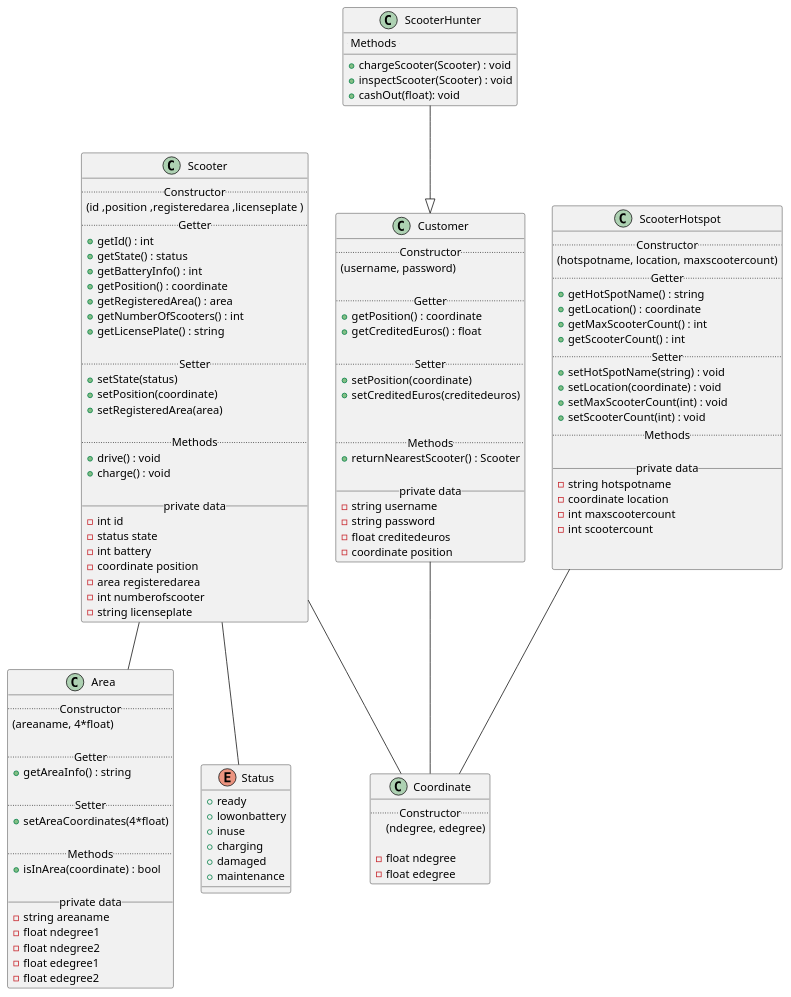
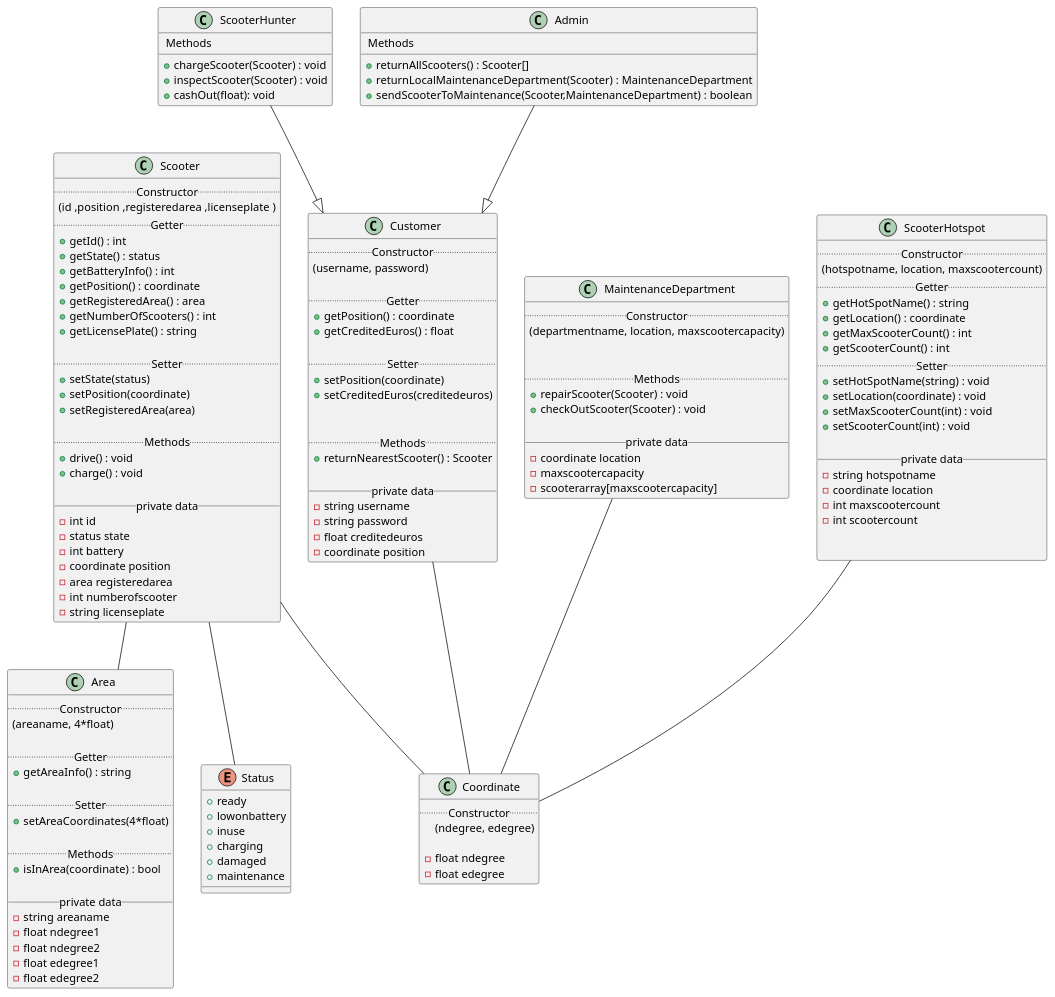
The diagram in umldiagram.iuml (fh-erfurt/Scooter-MS), drawn with PlantUML before and after one commit. The commit also changed other lines of this file and 9 other files, not shown here.

Commit message:
added class Admin and MaintenanceDepartment

```diff
--- a/umldiagram.iuml
+++ b/umldiagram.iuml
@@ -1,148 +1,172 @@
 @startuml
 
 
 
 
 
 skinparam componentStyle uml2
 
 
 
 class Scooter {
     .. Constructor ..
       (id ,position ,registeredarea ,licenseplate )
     .. Getter ..
   + getId() : int
   + getState() : status
   + getBatteryInfo() : int
   + getPosition() : coordinate
   + getRegisteredArea() : area
   + getNumberOfScooters() : int
   + getLicensePlate() : string
 
   .. Setter ..
   + setState(status)
   + setPosition(coordinate)
   + setRegisteredArea(area)
 
   .. Methods ..
   + drive() : void
   + charge() : void
 
   __ private data __
   -int id
   -status state
   -int battery
   -coordinate position
   -area registeredarea
   -int numberofscooter
   -string licenseplate
 }
 
 class Area {
   .. Constructor ..
   (areaname, 4*float)
 
   .. Getter ..
   + getAreaInfo() : string
 
   .. Setter ..
   + setAreaCoordinates(4*float)
 
   .. Methods ..
   + isInArea(coordinate) : bool
 
   __ private data __
   -string areaname
   -float ndegree1
   -float ndegree2
   -float edegree1
   -float edegree2
 }
 
 
 
 class Coordinate {
   .. Constructor ..
   (ndegree, edegree)
 
   -float ndegree
   -float edegree
 }
 
 
 class Customer {
   .. Constructor ..
   (username, password)
 
   .. Getter ..
   + getPosition() : coordinate
   + getCreditedEuros() : float
 
   .. Setter ..
   + setPosition(coordinate)
   + setCreditedEuros(creditedeuros)
 
 
   .. Methods ..
   + returnNearestScooter() : Scooter
 
   __ private data __
   -string username
   -string password
   -float creditedeuros
   -coordinate position
 }
 
 class ScooterHunter {
 
   .. Methods ..
   + chargeScooter(Scooter) : void
   + inspectScooter(Scooter) : void
   + cashOut(float): void
+}
+
+class Admin {
+
+  .. Methods ..
+  + returnAllScooters() : Scooter[]
+  + returnLocalMaintenanceDepartment(Scooter) : MaintenanceDepartment
+  + sendScooterToMaintenance(Scooter,MaintenanceDepartment) : boolean
+}
 
 
+class MaintenanceDepartment {
+  .. Constructor ..
+(departmentname, location, maxscootercapacity)
+
+
+  .. Methods ..
+  + repairScooter(Scooter) : void
+  + checkOutScooter(Scooter) : void
+
+  __ private data __
+  -coordinate location
+  -maxscootercapacity
+  -scooterarray[maxscootercapacity]
 }
+
 
 class ScooterHotspot {
   .. Constructor ..
 (hotspotname, location, maxscootercount)
   .. Getter ..
    + getHotSpotName() : string
    + getLocation() : coordinate
    + getMaxScooterCount() : int
    + getScooterCount() : int
   .. Setter ..
    + setHotSpotName(string) : void
    + setLocation(coordinate) : void
    + setMaxScooterCount(int) : void
    + setScooterCount(int) : void
-  .. Methods ..
 
   __ private data __
   -string hotspotname
   -coordinate location
   -int maxscootercount
   -int scootercount
 
 
 }
 
 enum Status {
   + ready
   + lowonbattery
   + inuse
   + charging
   + damaged
   + maintenance
 }
 
+Admin --|> Customer
 ScooterHunter --|> Customer
 Scooter -- Status
 Scooter -- Coordinate
 Scooter -- Area
+MaintenanceDepartment -- Coordinate
 ScooterHotspot -- Coordinate
 Customer -- Coordinate
 
 
 @enduml
```
